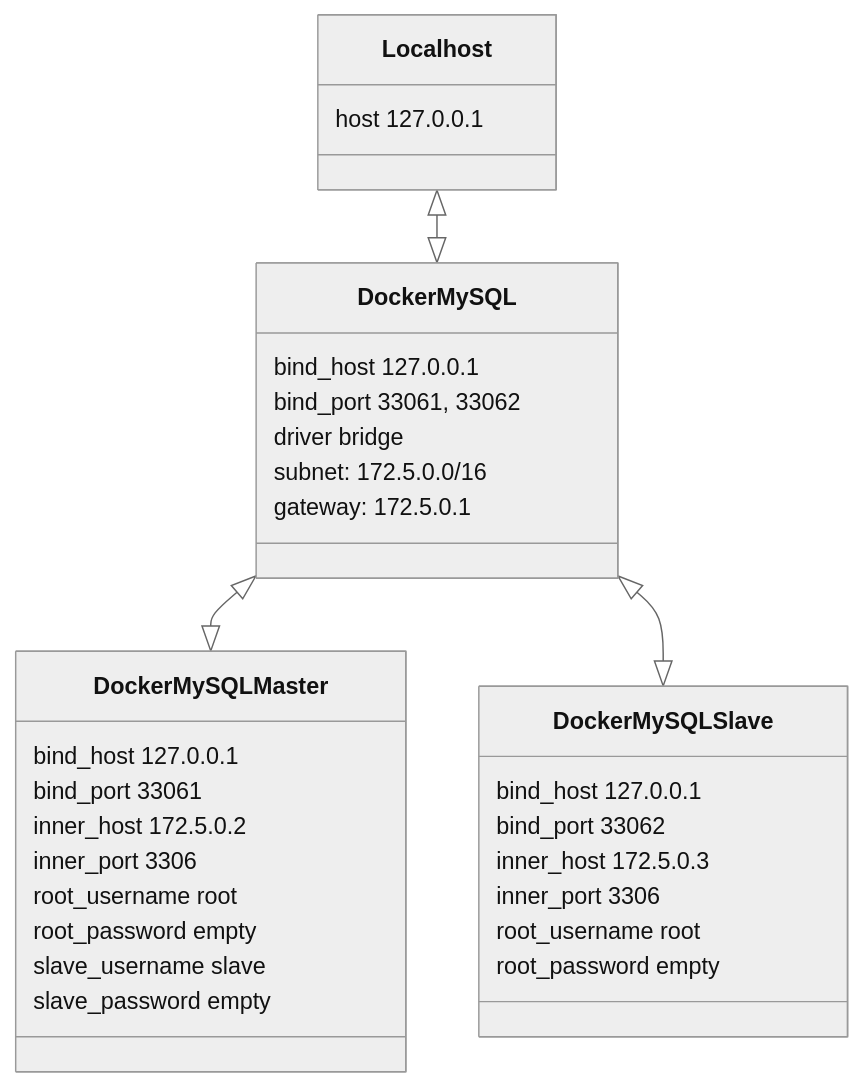
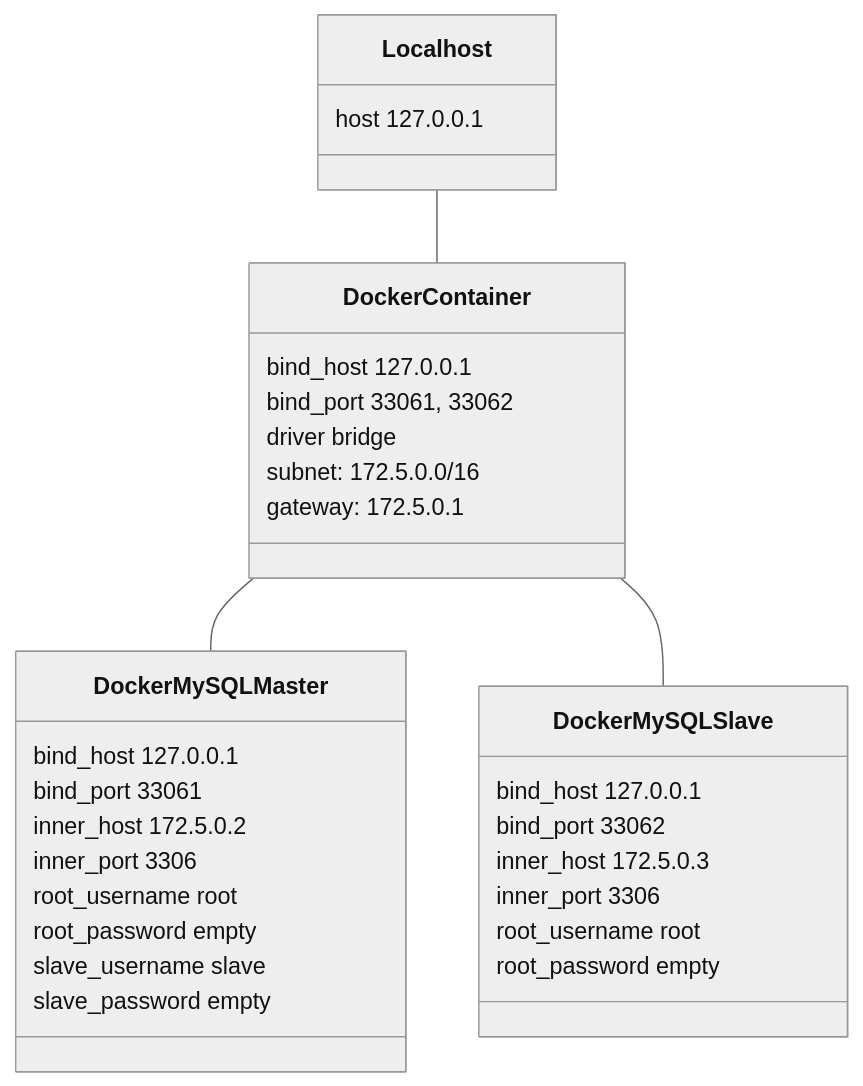
The diagram in mysql/README.md (choewy/mysql-replication), drawn with Mermaid (neutral theme) before and after one commit.

Commit message:
docs/README.md

````diff
--- a/mysql/README.md
+++ b/mysql/README.md
@@ -5,40 +5,40 @@
 ```mermaid
 classDiagram
 
 class Localhost {
   host 127.0.0.1
 }
 
-class DockerMySQL {
+class DockerContainer {
   bind_host 127.0.0.1
   bind_port 33061, 33062
   driver bridge
   subnet: 172.5.0.0/16
   gateway: 172.5.0.1
 }
 
 class DockerMySQLMaster {
   bind_host 127.0.0.1
   bind_port 33061
   inner_host 172.5.0.2
   inner_port 3306
   root_username root
   root_password empty
   slave_username slave
   slave_password empty
 
 }
 
 class DockerMySQLSlave {
   bind_host 127.0.0.1
   bind_port 33062
   inner_host 172.5.0.3
   inner_port 3306
   root_username root
   root_password empty
 }
 
-Localhost <|--|> DockerMySQL
-DockerMySQL <|--|> DockerMySQLMaster
-DockerMySQL <|--|> DockerMySQLSlave
+Localhost -- DockerContainer
+DockerContainer -- DockerMySQLMaster
+DockerContainer -- DockerMySQLSlave
 ```
````
